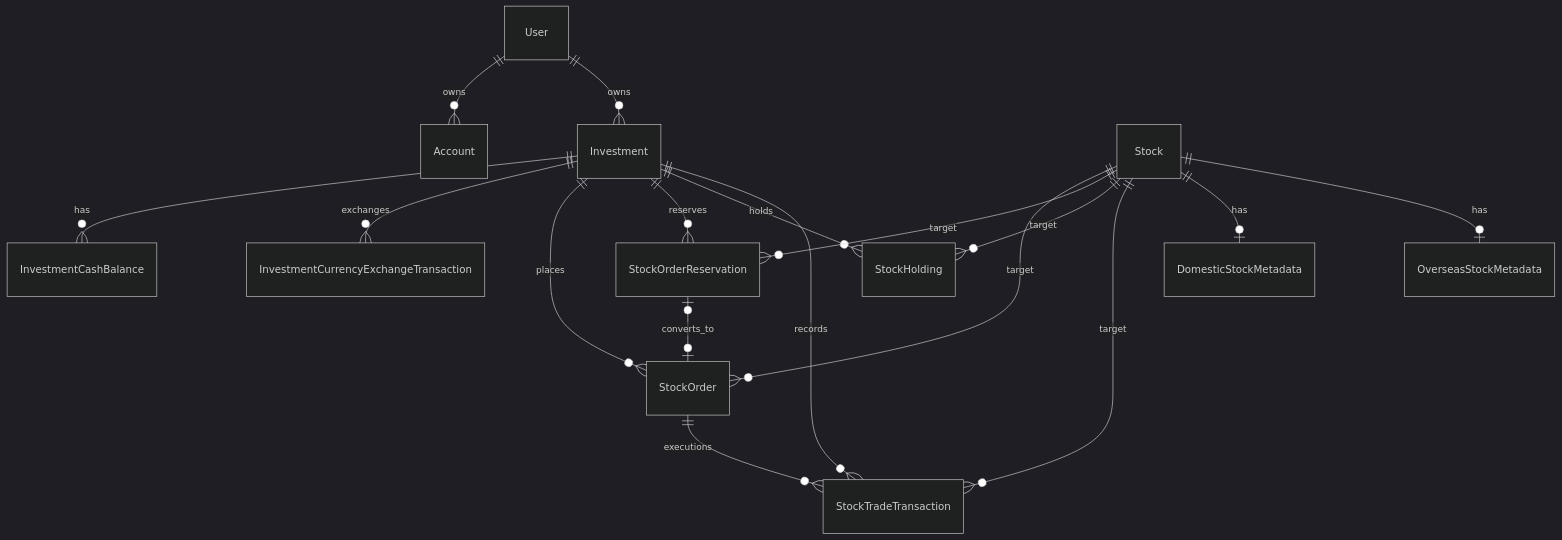
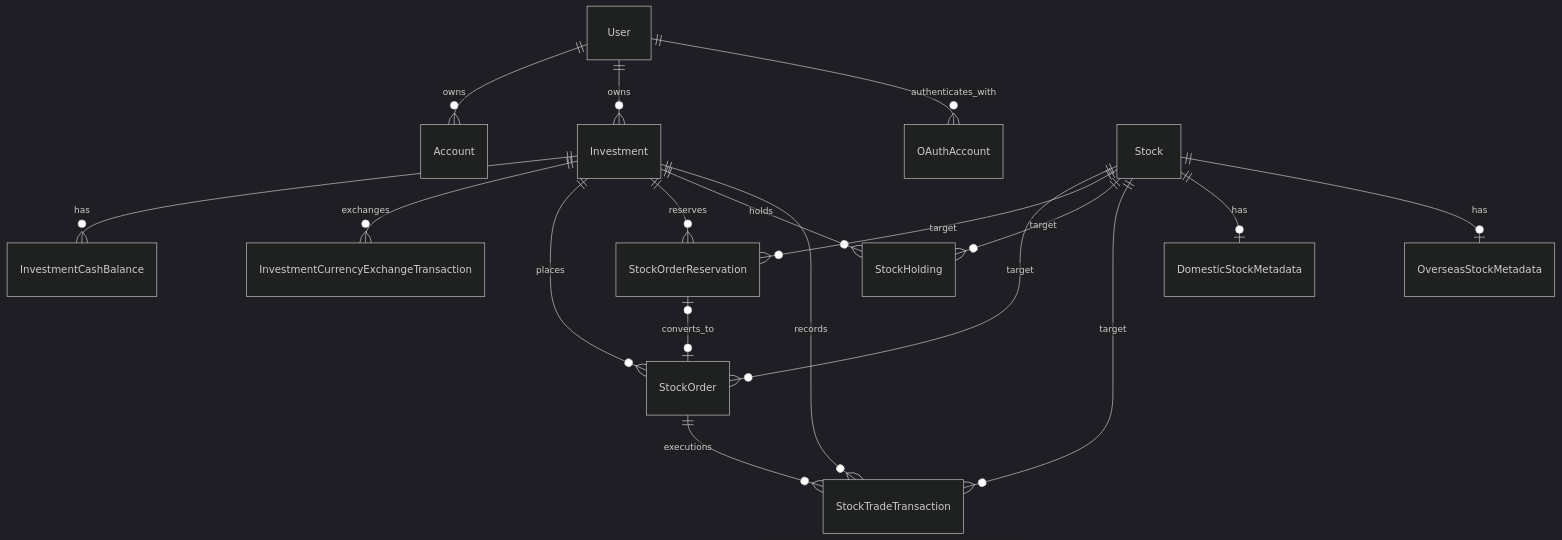
One commit to lim2952255/Finmate changed the diagram in docs/DOMAIN_MODEL.md. Above: the diagram before and after it, drawn with Mermaid (dark theme). The commit also changed other lines of this file and 31 other files, not shown here.

````diff
--- a/docs/DOMAIN_MODEL.md
+++ b/docs/DOMAIN_MODEL.md
@@ -5,19 +5,20 @@
 ```mermaid
 erDiagram
     User ||--o{ Account : owns
     User ||--o{ Investment : owns
+    User ||--o{ OAuthAccount : authenticates_with
     Investment ||--o{ InvestmentCashBalance : has
     Investment ||--o{ InvestmentCurrencyExchangeTransaction : exchanges
     Investment ||--o{ StockOrder : places
     Investment ||--o{ StockOrderReservation : reserves
     Investment ||--o{ StockHolding : holds
     Investment ||--o{ StockTradeTransaction : records
     Stock ||--o{ StockOrder : target
     Stock ||--o{ StockOrderReservation : target
     Stock ||--o{ StockHolding : target
     Stock ||--o{ StockTradeTransaction : target
     Stock ||--o| DomesticStockMetadata : has
     Stock ||--o| OverseasStockMetadata : has
     StockOrderReservation o|--o| StockOrder : converts_to
     StockOrder ||--o{ StockTradeTransaction : executions
 ```
````
